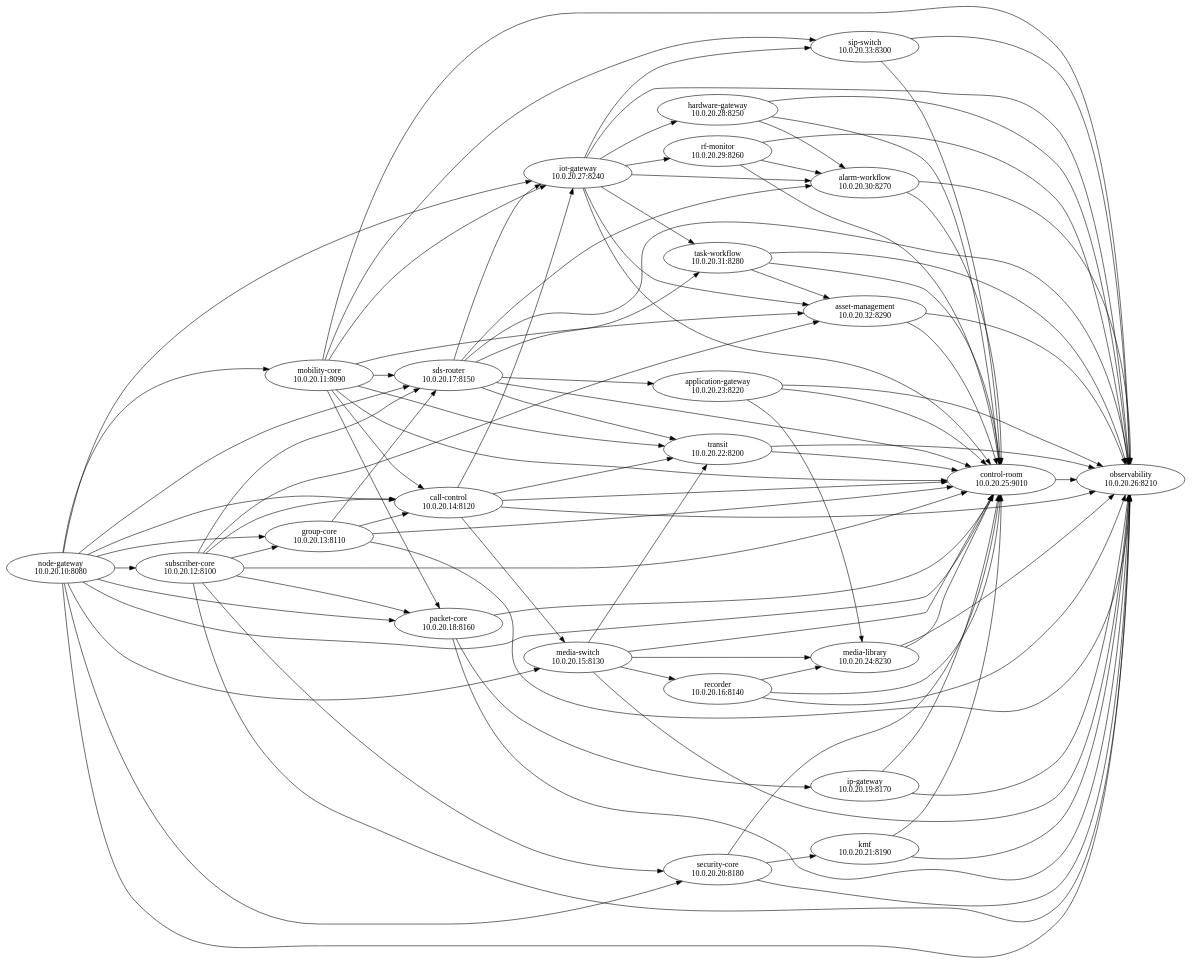
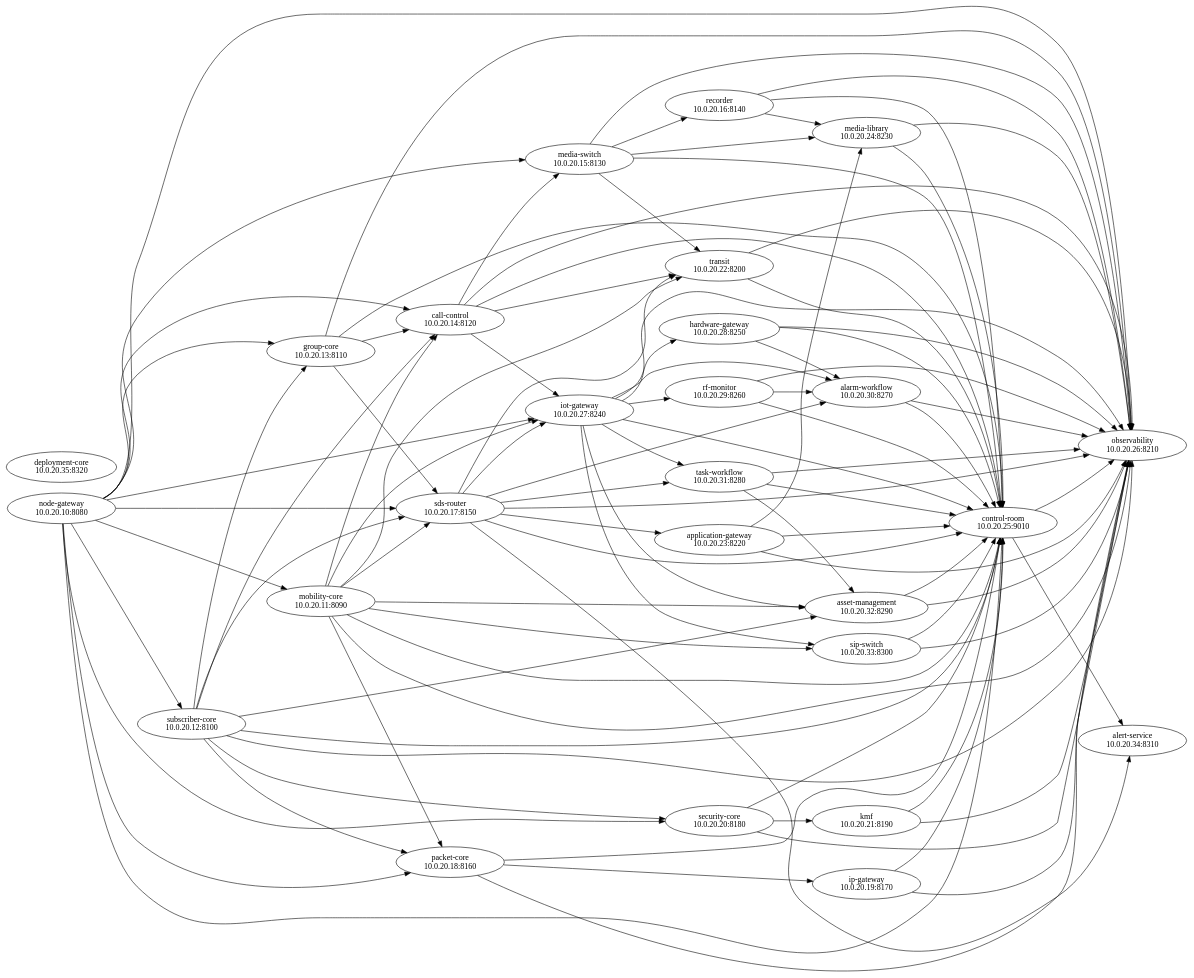
The diagram in deploy/open-lab/generated/dependency-graph.dot (JanHG98/netcore-tetra), drawn with Graphviz before and after one commit. The commit also changed 212 other files, not shown here.

```diff
--- a/deploy/open-lab/generated/dependency-graph.dot
+++ b/deploy/open-lab/generated/dependency-graph.dot
@@ -1,120 +1,124 @@
 digraph netcore_open_lab {
   rankdir=LR;
   "node-gateway" [label="node-gateway\n10.0.20.10:8080"];
   "mobility-core" [label="mobility-core\n10.0.20.11:8090"];
   "node-gateway" -> "mobility-core";
   "subscriber-core" [label="subscriber-core\n10.0.20.12:8100"];
   "node-gateway" -> "subscriber-core";
   "group-core" [label="group-core\n10.0.20.13:8110"];
   "node-gateway" -> "group-core";
   "subscriber-core" -> "group-core";
   "call-control" [label="call-control\n10.0.20.14:8120"];
   "node-gateway" -> "call-control";
   "subscriber-core" -> "call-control";
   "group-core" -> "call-control";
   "mobility-core" -> "call-control";
   "media-switch" [label="media-switch\n10.0.20.15:8130"];
   "node-gateway" -> "media-switch";
   "call-control" -> "media-switch";
   "recorder" [label="recorder\n10.0.20.16:8140"];
   "media-switch" -> "recorder";
   "sds-router" [label="sds-router\n10.0.20.17:8150"];
   "node-gateway" -> "sds-router";
   "subscriber-core" -> "sds-router";
   "group-core" -> "sds-router";
   "mobility-core" -> "sds-router";
   "packet-core" [label="packet-core\n10.0.20.18:8160"];
   "node-gateway" -> "packet-core";
   "subscriber-core" -> "packet-core";
   "mobility-core" -> "packet-core";
   "ip-gateway" [label="ip-gateway\n10.0.20.19:8170"];
   "packet-core" -> "ip-gateway";
   "security-core" [label="security-core\n10.0.20.20:8180"];
   "node-gateway" -> "security-core";
   "subscriber-core" -> "security-core";
   "kmf" [label="kmf\n10.0.20.21:8190"];
   "security-core" -> "kmf";
   "transit" [label="transit\n10.0.20.22:8200"];
   "mobility-core" -> "transit";
   "call-control" -> "transit";
   "media-switch" -> "transit";
   "sds-router" -> "transit";
   "application-gateway" [label="application-gateway\n10.0.20.23:8220"];
   "sds-router" -> "application-gateway";
   "media-library" [label="media-library\n10.0.20.24:8230"];
   "media-switch" -> "media-library";
   "recorder" -> "media-library";
   "application-gateway" -> "media-library";
   "control-room" [label="control-room\n10.0.20.25:9010"];
   "node-gateway" -> "control-room";
   "subscriber-core" -> "control-room";
   "group-core" -> "control-room";
   "mobility-core" -> "control-room";
   "call-control" -> "control-room";
   "media-switch" -> "control-room";
   "recorder" -> "control-room";
   "sds-router" -> "control-room";
   "packet-core" -> "control-room";
   "ip-gateway" -> "control-room";
   "security-core" -> "control-room";
   "kmf" -> "control-room";
   "transit" -> "control-room";
   "application-gateway" -> "control-room";
   "media-library" -> "control-room";
   "iot-gateway" -> "control-room";
   "hardware-gateway" -> "control-room";
   "rf-monitor" -> "control-room";
   "alarm-workflow" -> "control-room";
   "task-workflow" -> "control-room";
   "asset-management" -> "control-room";
   "sip-switch" -> "control-room";
   "observability" [label="observability\n10.0.20.26:8210"];
   "node-gateway" -> "observability";
   "subscriber-core" -> "observability";
   "group-core" -> "observability";
   "mobility-core" -> "observability";
   "call-control" -> "observability";
   "media-switch" -> "observability";
   "recorder" -> "observability";
   "sds-router" -> "observability";
   "packet-core" -> "observability";
   "ip-gateway" -> "observability";
   "security-core" -> "observability";
   "kmf" -> "observability";
   "transit" -> "observability";
   "application-gateway" -> "observability";
   "media-library" -> "observability";
   "iot-gateway" -> "observability";
   "hardware-gateway" -> "observability";
   "rf-monitor" -> "observability";
   "alarm-workflow" -> "observability";
   "task-workflow" -> "observability";
   "asset-management" -> "observability";
   "sip-switch" -> "observability";
   "control-room" -> "observability";
   "iot-gateway" [label="iot-gateway\n10.0.20.27:8240"];
   "node-gateway" -> "iot-gateway";
   "mobility-core" -> "iot-gateway";
   "call-control" -> "iot-gateway";
   "sds-router" -> "iot-gateway";
   "hardware-gateway" [label="hardware-gateway\n10.0.20.28:8250"];
   "iot-gateway" -> "hardware-gateway";
   "rf-monitor" [label="rf-monitor\n10.0.20.29:8260"];
   "iot-gateway" -> "rf-monitor";
   "alarm-workflow" [label="alarm-workflow\n10.0.20.30:8270"];
   "iot-gateway" -> "alarm-workflow";
   "sds-router" -> "alarm-workflow";
   "hardware-gateway" -> "alarm-workflow";
   "rf-monitor" -> "alarm-workflow";
   "task-workflow" [label="task-workflow\n10.0.20.31:8280"];
   "iot-gateway" -> "task-workflow";
   "sds-router" -> "task-workflow";
   "asset-management" [label="asset-management\n10.0.20.32:8290"];
   "iot-gateway" -> "asset-management";
   "subscriber-core" -> "asset-management";
   "mobility-core" -> "asset-management";
   "task-workflow" -> "asset-management";
   "sip-switch" [label="sip-switch\n10.0.20.33:8300"];
   "iot-gateway" -> "sip-switch";
   "mobility-core" -> "sip-switch";
+  "alert-service" [label="alert-service\n10.0.20.34:8310"];
+  "control-room" -> "alert-service";
+  "sds-router" -> "alert-service";
+  "deployment-core" [label="deployment-core\n10.0.20.35:8320"];
 }
```
